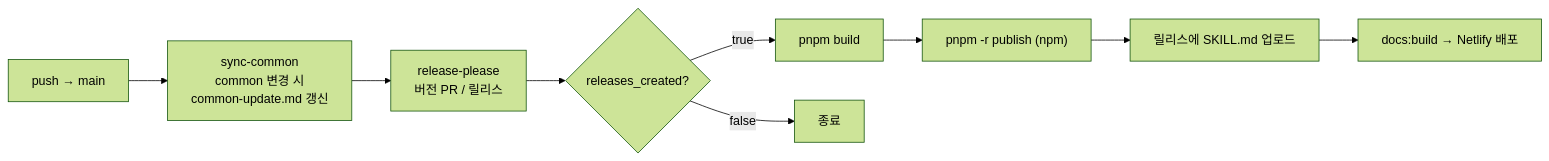
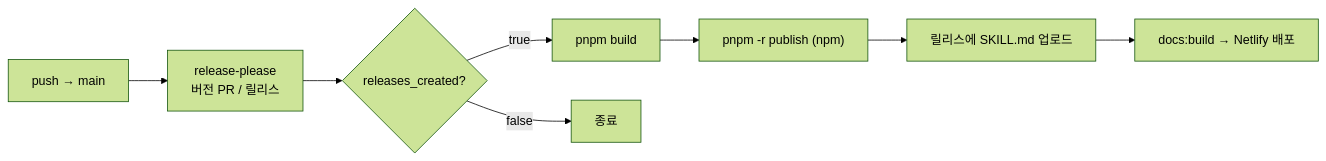
The fourth of 4 diagrams in apps/site/docs/ko/03-architecture.md (jl917/mcp-kit), drawn with Mermaid (forest theme) before and after one commit. The commit also changed 6 other files, not shown here.

````diff
--- a/apps/site/docs/ko/03-architecture.md
+++ b/apps/site/docs/ko/03-architecture.md
@@ -171,11 +171,10 @@
 ```mermaid
 flowchart LR
-    Push["push → main"] --> S["sync-common<br/>common 변경 시<br/>common-update.md 갱신"]
-    S --> RP["release-please<br/>버전 PR / 릴리스"]
+    Push["push → main"] --> RP["release-please<br/>버전 PR / 릴리스"]
     RP --> Pub{"releases_created?"}
     Pub -->|true| Build["pnpm build"]
     Build --> Npm["pnpm -r publish (npm)"]
     Npm --> Asset["릴리스에 SKILL.md 업로드"]
     Asset --> Docs["docs:build → Netlify 배포"]
     Pub -->|false| End["종료"]
 ```
````
